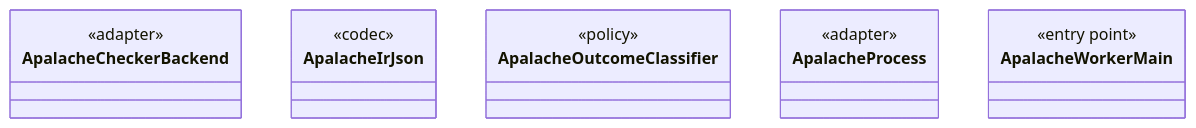
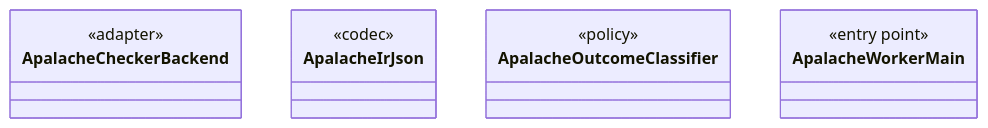
One commit to tlaplus/model-checker-hardening changed the fourth of 14 diagrams in dev/modules/workflow.md. Above: the diagram before and after it, drawn with Mermaid. The commit also changed other lines of this file and 408 other files, not shown here.

````diff
--- a/dev/modules/workflow.md
+++ b/dev/modules/workflow.md
@@ -114,18 +108,15 @@
 ```mermaid
 classDiagram
   class ApalacheCheckerBackend {
     <<adapter>>
   }
   class ApalacheIrJson {
     <<codec>>
   }
   class ApalacheOutcomeClassifier {
     <<policy>>
   }
-  class ApalacheProcess {
-    <<adapter>>
-  }
   class ApalacheWorkerMain {
     <<entry point>>
   }
 ```
````
